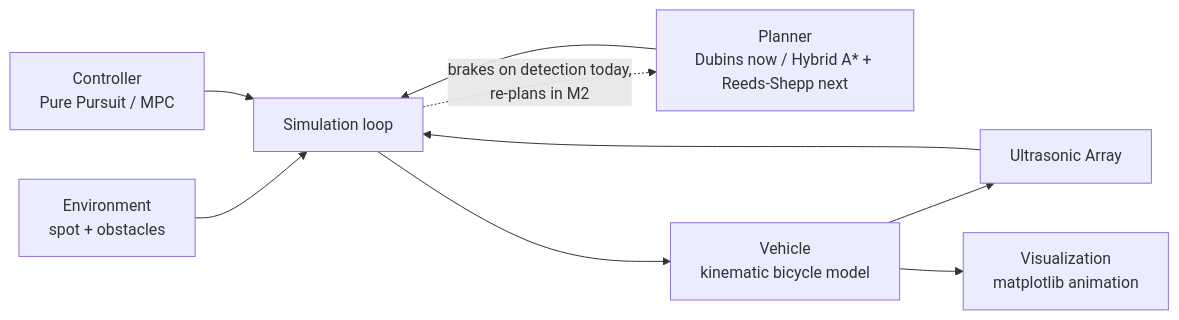
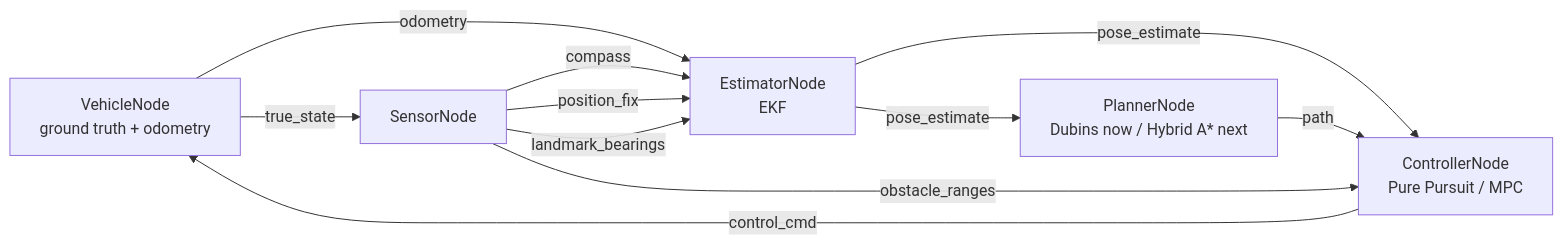
The diagram in DESIGN.md (nkabra56/av-stack-sim), drawn with Mermaid before and after one commit. The commit also changed other lines of this file and 29 other files, not shown here.

First line of the commit message:
Add EKF state estimation and pub/sub node architecture

````diff
--- a/DESIGN.md
+++ b/DESIGN.md
@@ -24,11 +28,13 @@
 ```mermaid
 flowchart LR
-    Env[Environment<br/>spot + obstacles] --> Sim[Simulation loop]
-    Sensor[Ultrasonic Array] --> Sim
-    Planner[Planner<br/>Dubins now / Hybrid A* + Reeds-Shepp next] --> Sim
-    Controller[Controller<br/>Pure Pursuit / MPC] --> Sim
-    Sim --> Vehicle[Vehicle<br/>kinematic bicycle model]
-    Vehicle --> Sensor
-    Vehicle --> Viz[Visualization<br/>matplotlib animation]
-    Sim -.brakes on detection today,<br/>re-plans in M2.-> Planner
+    VN[VehicleNode<br/>ground truth + odometry] -- true_state --> SN[SensorNode]
+    VN -- odometry --> EN[EstimatorNode<br/>EKF]
+    SN -- compass --> EN
+    SN -- position_fix --> EN
+    SN -- landmark_bearings --> EN
+    EN -- pose_estimate --> PN[PlannerNode<br/>Dubins now / Hybrid A* next]
+    EN -- pose_estimate --> CN[ControllerNode<br/>Pure Pursuit / MPC]
+    PN -- path --> CN
+    SN -- obstacle_ranges --> CN
+    CN -- control_cmd --> VN
 ```
````
